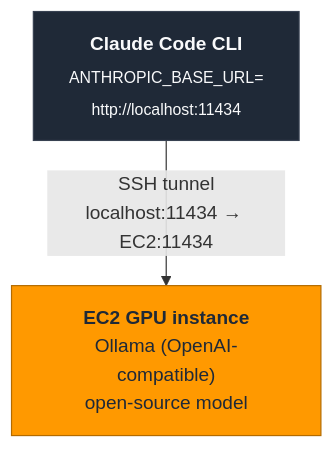
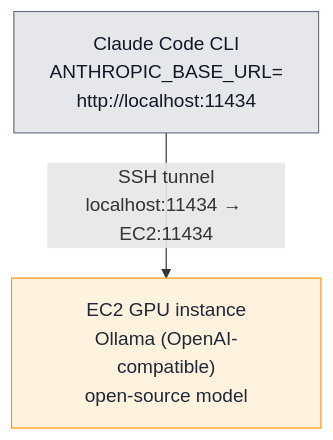
One commit to aws-samples/sample-claude-code-multi-model changed the second of 2 diagrams in README.md. Above: the diagram before and after it, drawn with Mermaid. The commit also changed other lines of this file and 2 other files, not shown here.

First line of the commit message:
Fix Mermaid diagram clipping and tone down colors

````diff
--- a/README.md
+++ b/README.md
@@ -118,12 +116,12 @@
 ```mermaid
 flowchart TD
-    CC["<b>Claude Code CLI</b><br/><sub>ANTHROPIC_BASE_URL=<br/>http://localhost:11434</sub>"]
-    EC2["<b>EC2 GPU instance</b><br/>Ollama (OpenAI-compatible)<br/>open-source model"]
+    CC["Claude Code CLI<br/>ANTHROPIC_BASE_URL=<br/>http://localhost:11434"]
+    EC2["EC2 GPU instance<br/>Ollama (OpenAI-compatible)<br/>open-source model"]
 
-    CC -->|"SSH tunnel<br/>localhost:11434 → EC2:11434"| EC2
+    CC -- "SSH tunnel<br/>localhost:11434 → EC2:11434" --> EC2
 
-    classDef agent fill:#1F2937,stroke:#374151,color:#F9FAFB
-    classDef ec2 fill:#FF9900,stroke:#B36B00,color:#1F2937
+    classDef agent fill:#E5E7EB,stroke:#6B7280,color:#111827
+    classDef ec2 fill:#FFF3E0,stroke:#FF9900,color:#1F2937
     class CC agent
     class EC2 ec2
 ```
````
